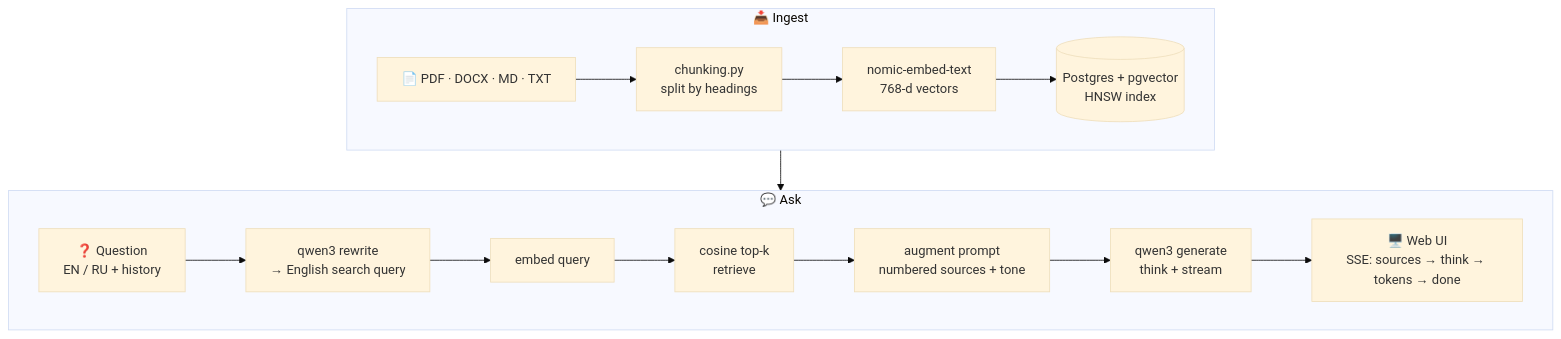
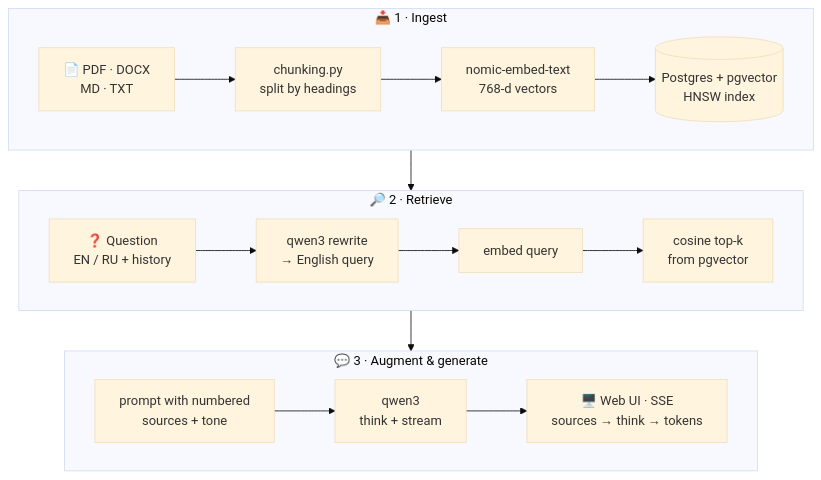
One commit to t33n601/AlliedTestingChatBOT changed the diagram in README.md. Above: the diagram before and after it, drawn with Mermaid (base theme).

Commit message:
README: three-row architecture diagram

````diff
--- a/README.md
+++ b/README.md
@@ -59,19 +59,16 @@
 ```mermaid
 flowchart TB
-    subgraph Ingest["📥 Ingest"]
+    subgraph Ingest["📥 1 · Ingest"]
         direction LR
-        D[📄 PDF · DOCX · MD · TXT] --> C[chunking.py<br>split by headings]
-        C --> E1[nomic-embed-text<br>768-d vectors]
-        E1 --> DB[(Postgres + pgvector<br>HNSW index)]
+        D[📄 PDF · DOCX<br>MD · TXT] --> C[chunking.py<br>split by headings] --> E1[nomic-embed-text<br>768-d vectors] --> DB[(Postgres + pgvector<br>HNSW index)]
     end
-    subgraph Ask["💬 Ask"]
+    subgraph Retrieve["🔎 2 · Retrieve"]
         direction LR
-        Q[❓ Question<br>EN / RU + history] --> RW[qwen3 rewrite<br>→ English search query]
-        RW --> E2[embed query]
-        E2 --> R[cosine top-k<br>retrieve]
-        DB --> R
-        R --> A[augment prompt<br>numbered sources + tone]
-        A --> G[qwen3 generate<br>think + stream]
-        G --> UI[🖥️ Web UI<br>SSE: sources → think → tokens → done]
+        Q[❓ Question<br>EN / RU + history] --> RW[qwen3 rewrite<br>→ English query] --> E2[embed query] --> R[cosine top-k<br>from pgvector]
     end
+    subgraph Generate["💬 3 · Augment & generate"]
+        direction LR
+        A[prompt with numbered<br>sources + tone] --> G[qwen3<br>think + stream] --> UI[🖥️ Web UI · SSE<br>sources → think → tokens]
+    end
+    Ingest --> Retrieve --> Generate
 ```
````
